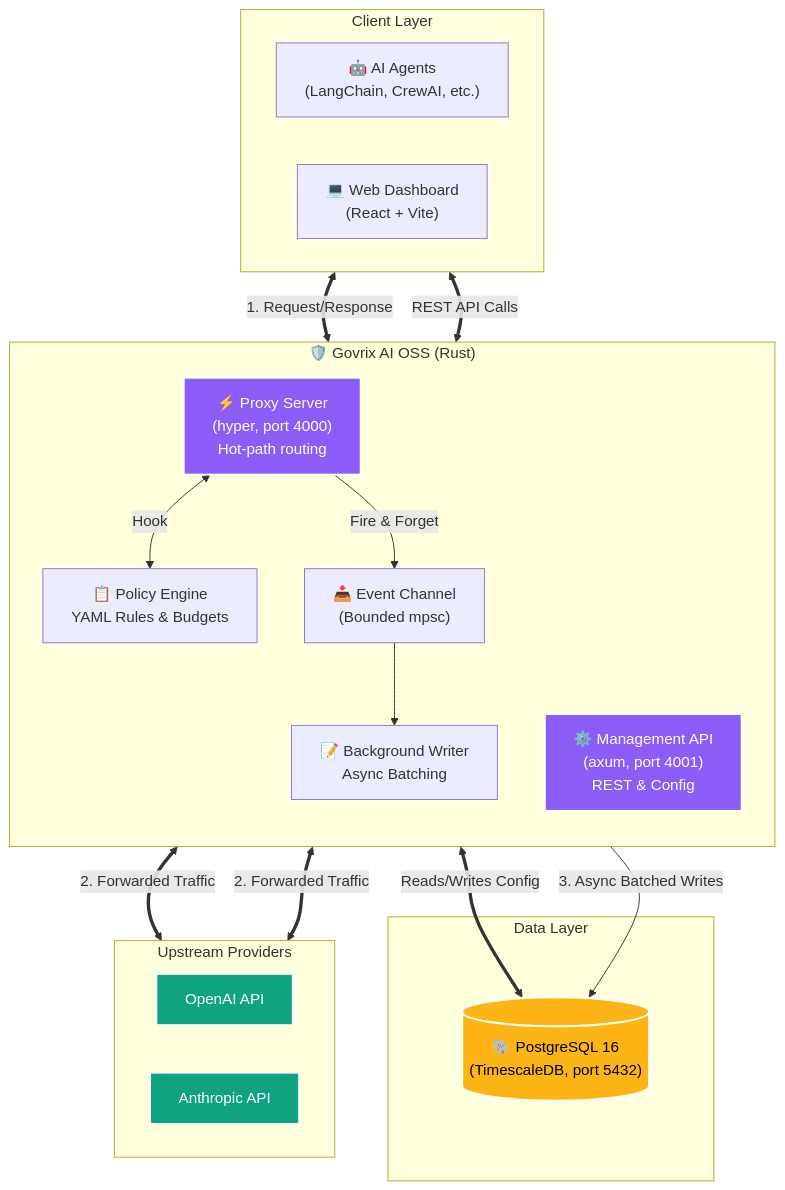
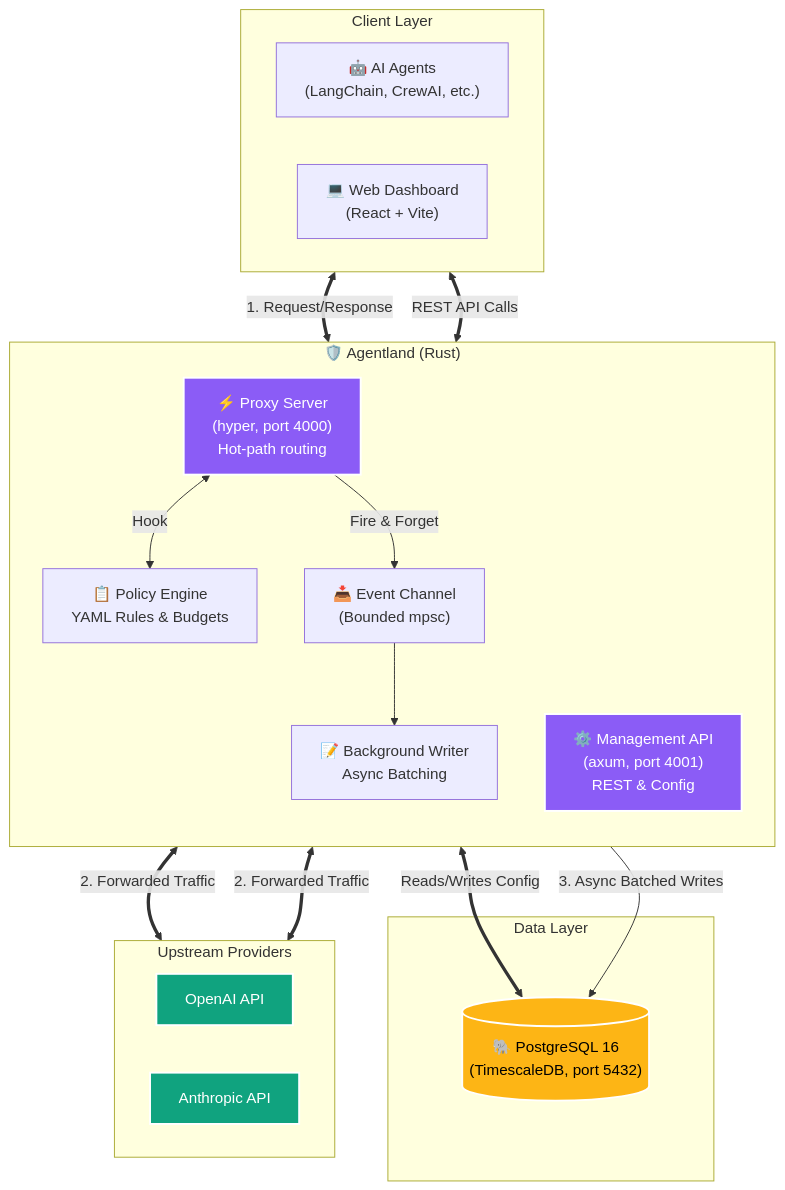
The diagram in README.md (Govrix-AI/govrixaioss), drawn with Mermaid before and after one commit. The commit also changed other lines of this file and 212 other files, not shown here.

````diff
--- a/README.md
+++ b/README.md
@@ -586,49 +587,49 @@
 ```mermaid
 flowchart TB
     subgraph ClientLayer ["Client Layer"]
         direction LR
         Agent["🤖 AI Agents\n(LangChain, CrewAI, etc.)"]
         Browser["💻 Web Dashboard\n(React + Vite)"]
     end
 
-    subgraph GovrixAIOSS ["🛡️ Govrix AI OSS (Rust)"]
+    subgraph AgentlandAIOSS ["🛡️ Agentland (Rust)"]
         direction TB
         Proxy["⚡ Proxy Server\n(hyper, port 4000)\nHot-path routing"]
         API["⚙️ Management API\n(axum, port 4001)\nREST & Config"]
         PolicyEngine["📋 Policy Engine\nYAML Rules & Budgets"]
         EventChannel["📥 Event Channel\n(Bounded mpsc)"]
         Writer["📝 Background Writer\nAsync Batching"]
 
         Proxy <-->|"Hook"| PolicyEngine
         Proxy -->|"Fire & Forget"| EventChannel
         EventChannel --> Writer
     end
 
     subgraph DataLayer ["Data Layer"]
         DB[("🐘 PostgreSQL 16\n(TimescaleDB, port 5432)")]
     end
 
     subgraph UpstreamLayer ["Upstream Providers"]
         direction LR
         OpenAI["OpenAI API"]
         Anthropic["Anthropic API"]
     end
 
     %% Connections
     Agent <==>|"1. Request/Response"| Proxy
     Proxy <==>|"2. Forwarded Traffic"| OpenAI
     Proxy <==>|"2. Forwarded Traffic"| Anthropic
 
     API <==>|"Reads/Writes Config"| DB
     Writer -->|"3. Async Batched Writes"| DB
 
     Browser <==>|"REST API Calls"| API
 
     classDef proxy fill:#8B5CF6,stroke:#fff,stroke-width:2px,color:#fff
     classDef db fill:#FDB515,stroke:#fff,stroke-width:2px,color:#000
     classDef upstream fill:#10a37f,stroke:#fff,stroke-width:2px,color:#fff
 
     class Proxy,API proxy
     class DB db
     class OpenAI,Anthropic upstream
 ```
````
